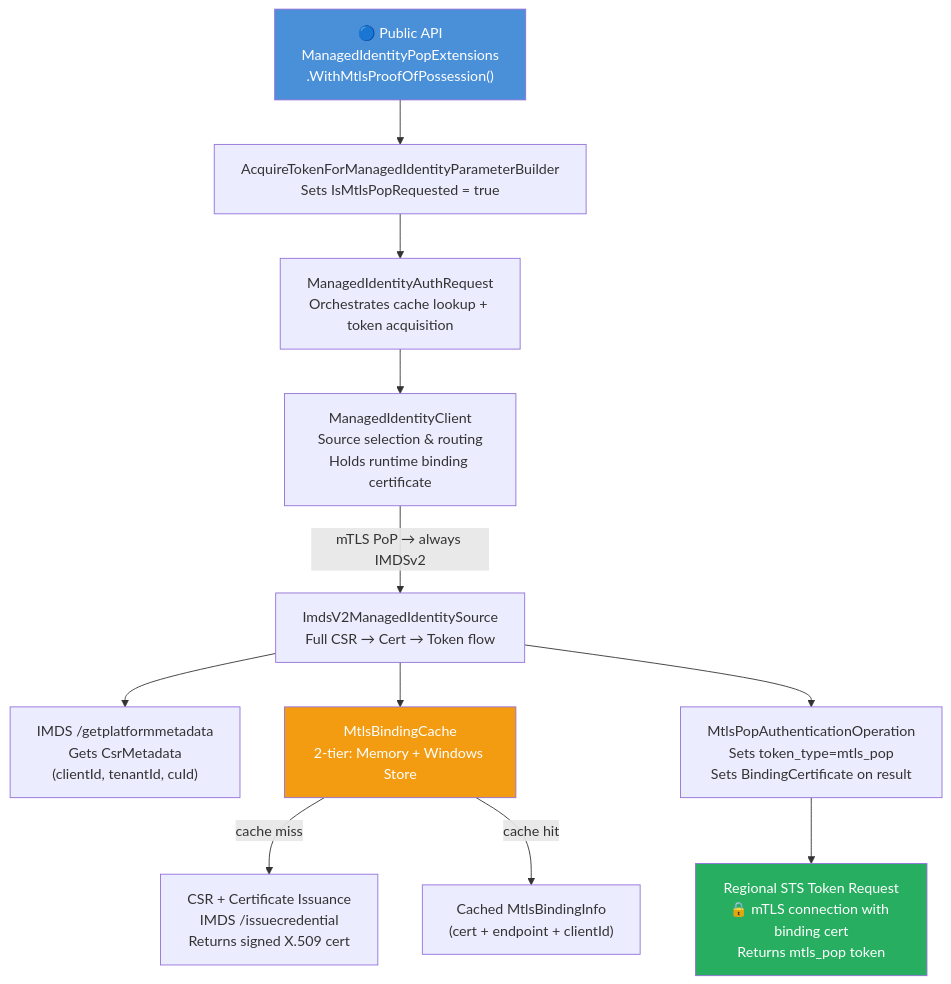
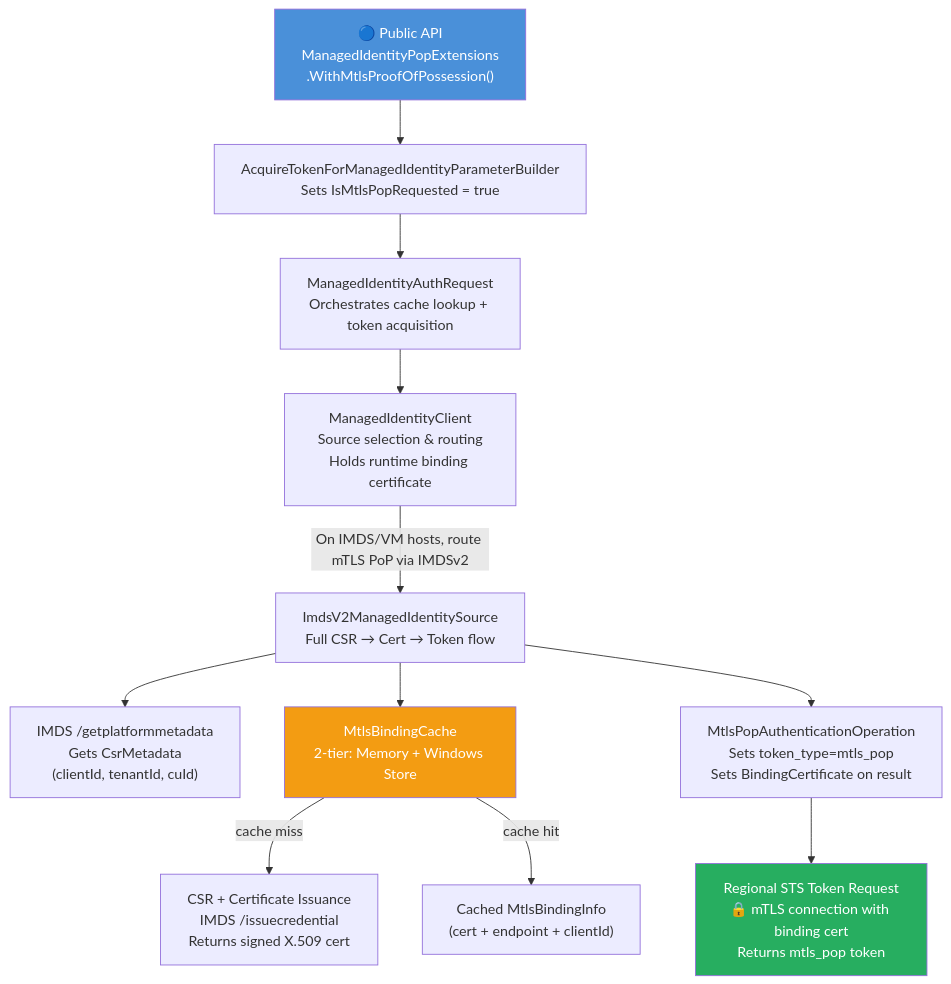
The second of 4 diagrams in docs/mtlspop_architecture.md (AzureAD/microsoft-authentication-library-for-dotnet), drawn with Mermaid before and after one commit. The commit also changed other lines of this file and 1 other file, not shown here.

First line of the commit message:
Address PR review comments on mTLS PoP docs

````diff
--- a/docs/mtlspop_architecture.md
+++ b/docs/mtlspop_architecture.md
@@ -73,30 +73,30 @@
 ```mermaid
 graph TD
     A["🔵 Public API<br/>ManagedIdentityPopExtensions<br/>.WithMtlsProofOfPossession()"] --> B
 
     B["AcquireTokenForManagedIdentityParameterBuilder<br/>Sets IsMtlsPopRequested = true"] --> C
 
     C["ManagedIdentityAuthRequest<br/>Orchestrates cache lookup + token acquisition"] --> D
 
-    D["ManagedIdentityClient<br/>Source selection & routing<br/>Holds runtime binding certificate"] -->|mTLS PoP → always IMDSv2| E
+    D["ManagedIdentityClient<br/>Source selection & routing<br/>Holds runtime binding certificate"] -->|On IMDS/VM hosts, route mTLS PoP via IMDSv2| E
 
     E["ImdsV2ManagedIdentitySource<br/>Full CSR → Cert → Token flow"] --> F
     E --> G
     E --> H
 
     F["IMDS /getplatformmetadata<br/>Gets CsrMetadata<br/>(clientId, tenantId, cuId)"]
     
     G["MtlsBindingCache<br/>2-tier: Memory + Windows Store"] -->|cache miss| I
     G -->|cache hit| J
 
     I["CSR + Certificate Issuance<br/>IMDS /issuecredential<br/>Returns signed X.509 cert"]
     J["Cached MtlsBindingInfo<br/>(cert + endpoint + clientId)"]
 
     H["MtlsPopAuthenticationOperation<br/>Sets token_type=mtls_pop<br/>Sets BindingCertificate on result"] --> K
 
     K["Regional STS Token Request<br/>🔒 mTLS connection with binding cert<br/>Returns mtls_pop token"]
 
     style A fill:#4a90d9,color:#fff
     style K fill:#27ae60,color:#fff
     style G fill:#f39c12,color:#fff
 ```
````
